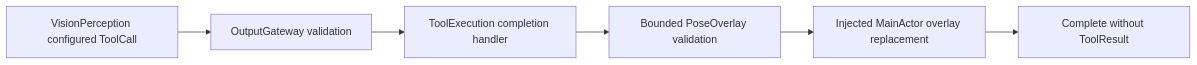
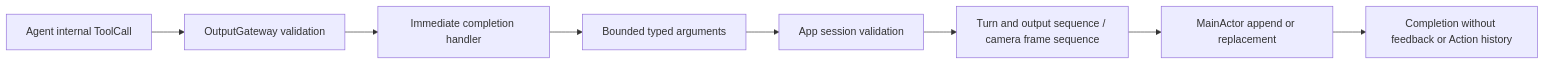
The diagram in MobileHarness/Tools/UI/README.md (devilyouwei/MobileHarness), drawn with Mermaid before and after one commit. The commit also changed other lines of this file and 109 other files, not shown here.

````diff
--- a/MobileHarness/Tools/UI/README.md
+++ b/MobileHarness/Tools/UI/README.md
@@ -9,8 +19,10 @@
 ```mermaid
 flowchart LR
-    Vision[VisionPerception configured ToolCall] --> Gateway[OutputGateway validation]
-    Gateway --> Runtime[ToolExecution completion handler]
-    Runtime --> Validate[Bounded PoseOverlay validation]
-    Validate --> UI[Injected MainActor overlay replacement]
-    UI --> Done[Complete without ToolResult]
+    Agent[Agent internal ToolCall] --> Gateway[OutputGateway validation]
+    Gateway --> Tool[Immediate completion handler]
+    Tool --> Validate[Bounded typed arguments]
+    Validate --> Session[App session validation]
+    Session --> Policy[Turn and output sequence / camera frame sequence]
+    Policy --> State[MainActor append or replacement]
+    State --> Done[Completion without feedback or Action history]
 ```
````
